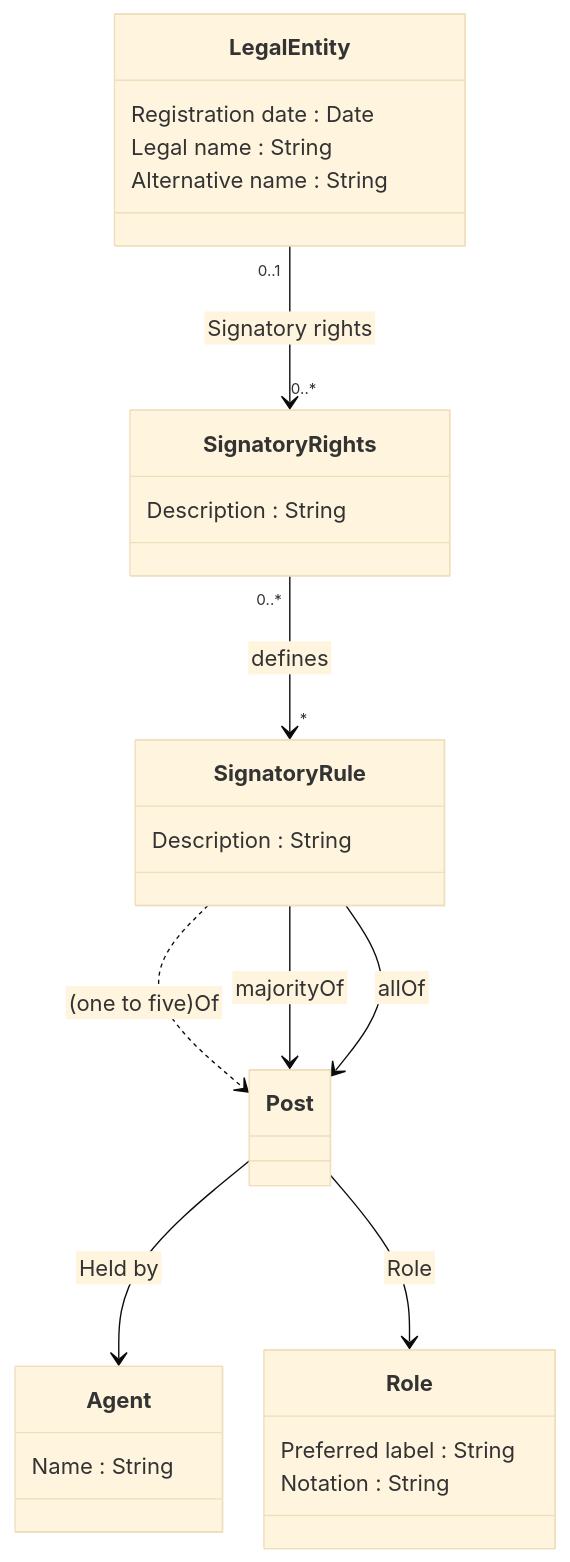
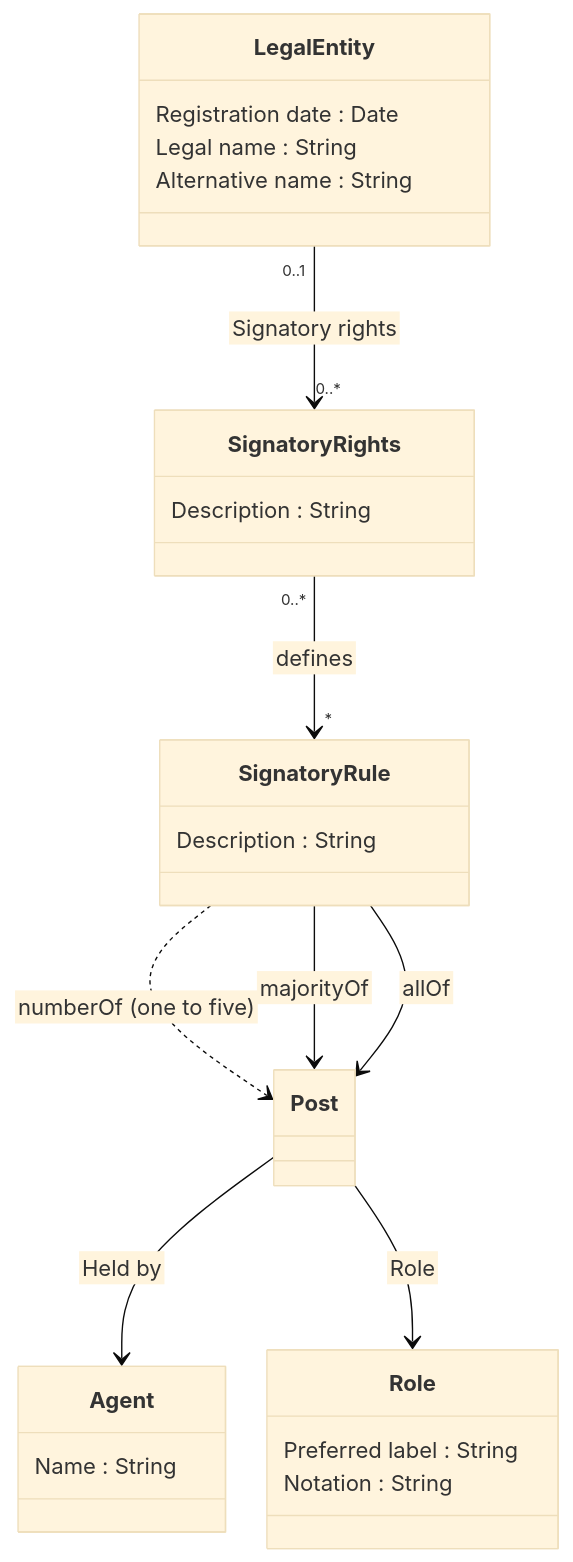
The diagram in README.md (nordicsmartgovernment/Nordic-Smart-Government-Datamodel-Examples), drawn with Mermaid (base theme) before and after one commit. The commit also changed other lines of this file, not shown here.

````diff
--- a/README.md
+++ b/README.md
@@ -5,44 +9,44 @@
 ```mermaid
  %%{init:{'flowchart':{'nodeSpacing': 30, 'rankSpacing': 95, 'htmlLabels': false}}}%%
     classDiagram
        
         class LegalEntity {
             Registration date : Date
             Legal name : String
             Alternative name : String
         }
 
         LegalEntity "0..1" --> "0..*" SignatoryRights : Signatory rights
 
         class SignatoryRights {
             Description : String
         }
 
         %%SignatoryRights "0..*" --> "*" Post : mandates
         SignatoryRights "0..*" --> "*" SignatoryRule : defines
 
         class SignatoryRule {
             Description : String
         }
 
-        SignatoryRule ..> Post : (one to five)Of
+        SignatoryRule ..> Post : numberOf (one to five)
         SignatoryRule --> Post : majorityOf
         SignatoryRule --> Post : allOf
 
         class Post {
 
         }
 
         Post --> Agent : Held by
         Post --> Role : Role
 
         class Role {
             Preferred label : String
             Notation : String
         }
 
         class Agent {
             Name : String
         }
 
 ```
````
